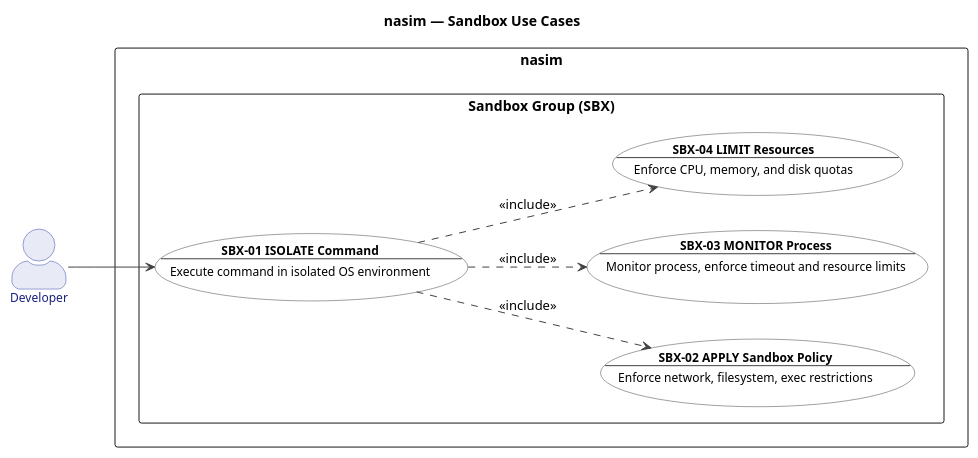
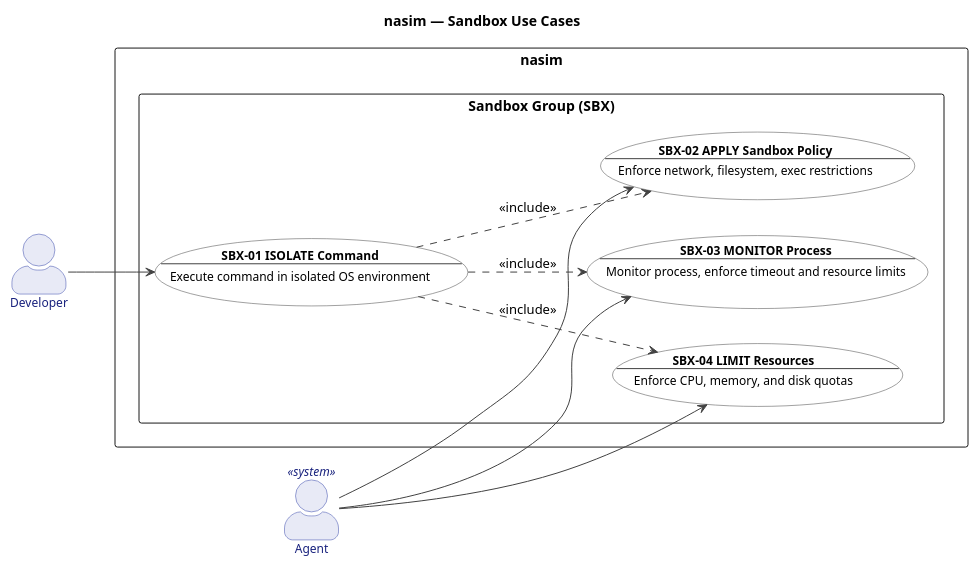
Before and after one commit to salimnamvar/nasim: the diagram in docs/UC/uc_sandbox.puml, drawn with PlantUML. The commit also changed 18 other files, not shown here.

First line of the commit message:
docs: Add "Agent" actor to multiple use case diagrams and establish relationships

```diff
--- a/docs/UC/uc_sandbox.puml
+++ b/docs/UC/uc_sandbox.puml
@@ -1,69 +1,73 @@
 @startuml uc_sandbox
 
 ' ============================================================
 ' Title:     nasim — UC: Sandbox Group
 ' Group:     SBX (Sandbox)
 ' Boundary:  nasim code agent
 ' Purpose:   OS-level process isolation for shell and edit operations
 ' Milestone: v1.0
 ' Version:   6.0.0
 ' Source:    docs/ENTITIES.md
 ' Review:    docs/audit/audit.2026.06.20.uc-layer.car.md
 ' ============================================================
 
 left to right direction
 
 title nasim — Sandbox Use Cases
 
 skinparam actorStyle awesome
 skinparam packageStyle rectangle
 
 skinparam usecase {
   BackgroundColor #FFFFFF
   BorderColor #424242
   FontColor #000000
   ArrowColor #424242
   FontSize 12
 }
 
 skinparam actor {
   BackgroundColor #E8EAF6
   BorderColor #3949AB
   FontColor #1A237E
   FontSize 12
 }
 
 ' ============================================================
 ' Actors
 ' ============================================================
 
 actor "Developer" as Developer
+actor "Agent" as Agent <<system>>
 
 ' ============================================================
 ' System Boundary
 ' ============================================================
 
 rectangle "nasim" {
   package "Sandbox Group (SBX)" {
     usecase "**SBX-01 ISOLATE Command**\n--\nExecute command in isolated OS environment" as SBX01
     usecase "**SBX-02 APPLY Sandbox Policy**\n--\nEnforce network, filesystem, exec restrictions" as SBX02
     usecase "**SBX-03 MONITOR Process**\n--\nMonitor process, enforce timeout and resource limits" as SBX03
     usecase "**SBX-04 LIMIT Resources**\n--\nEnforce CPU, memory, and disk quotas" as SBX04
   }
 }
 
 ' ============================================================
 ' Actor -> Use Case Associations
 ' ============================================================
 
 Developer --> SBX01
+Agent --> SBX02
+Agent --> SBX03
+Agent --> SBX04
 
 ' ============================================================
 ' Relationships
 ' ============================================================
 
 SBX01 ..> SBX02 : <<include>>
 SBX01 ..> SBX03 : <<include>>
 SBX01 ..> SBX04 : <<include>>
 
 @enduml
```
